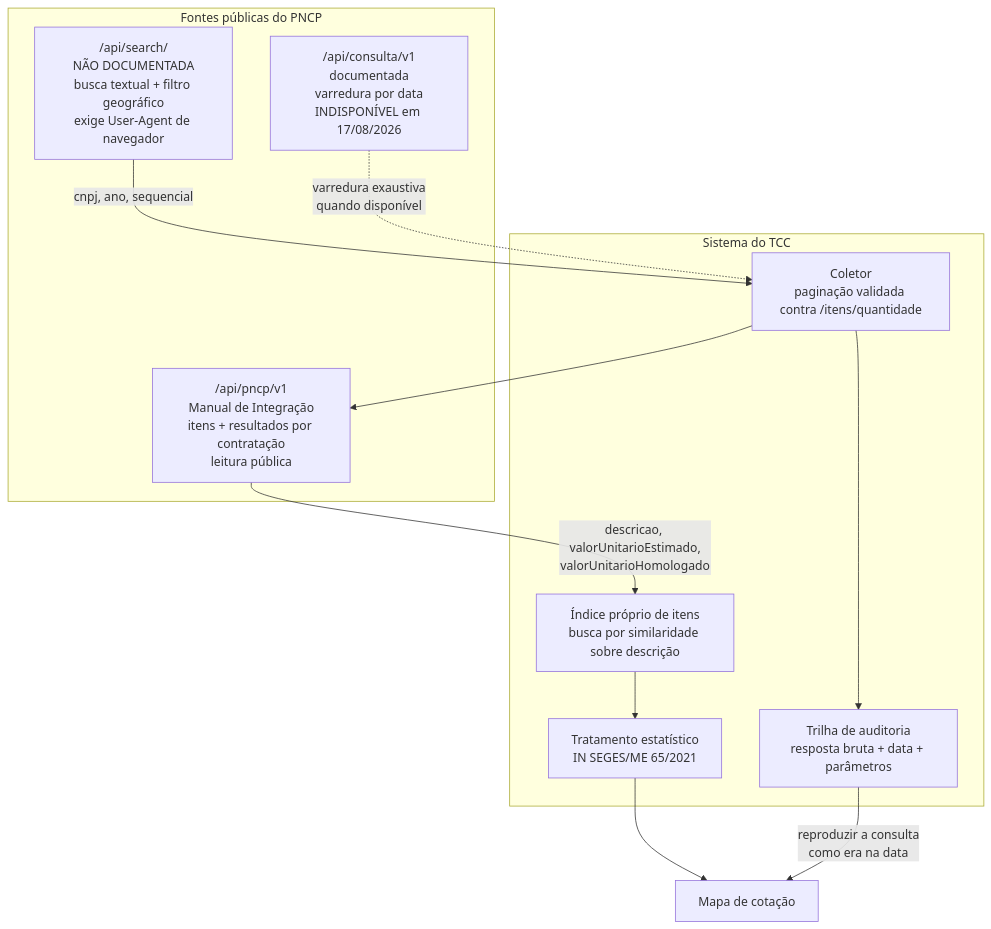
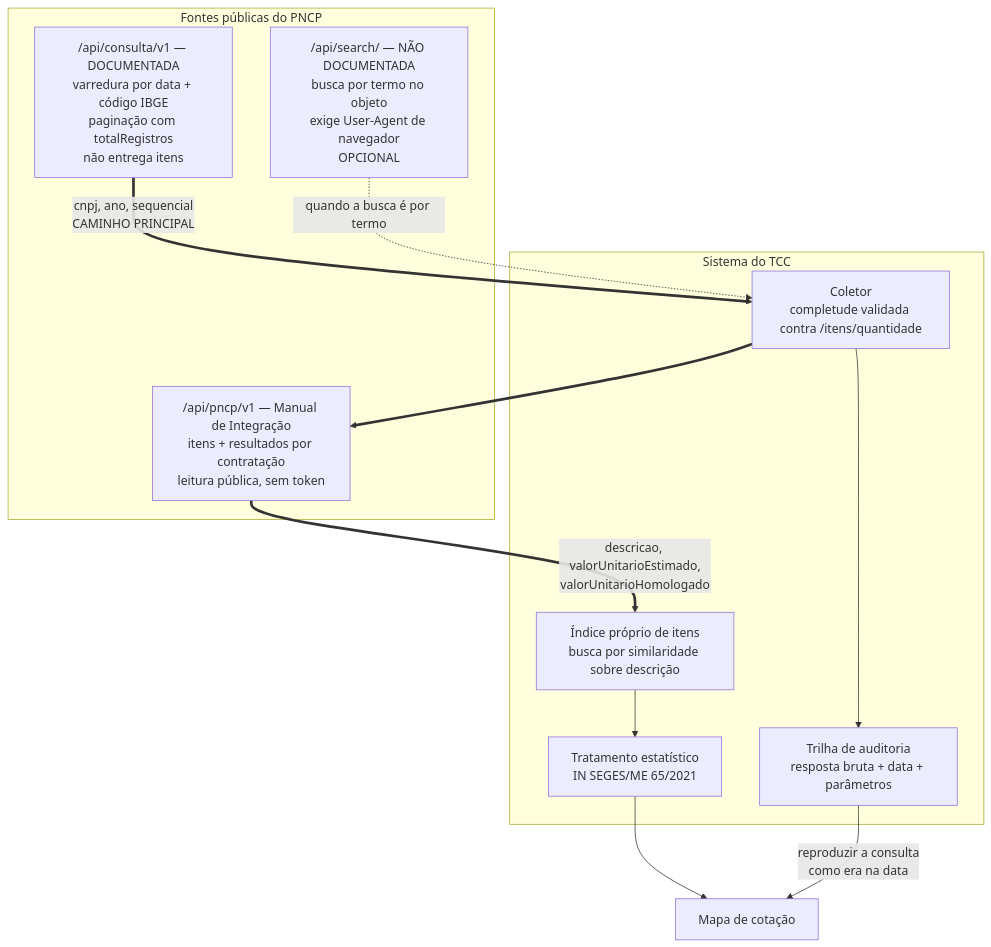
One commit to RNobre1/tcc-licitacoes-municipais changed the diagram in docs/pesquisas/api-pncp-viabilidade-pesquisa-de-precos.md. Above: the diagram before and after it, drawn with Mermaid. The commit also changed other lines of this file and 2 other files, not shown here.

First line of the commit message:
docs: adiciona coleção Postman da API do PNCP e corrige avaliação de risco

````diff
--- a/docs/pesquisas/api-pncp-viabilidade-pesquisa-de-precos.md
+++ b/docs/pesquisas/api-pncp-viabilidade-pesquisa-de-precos.md
@@ -296,24 +348,24 @@
 ```mermaid
 flowchart TB
     subgraph fontes["Fontes públicas do PNCP"]
-        S["/api/search/<br/>NÃO DOCUMENTADA<br/>busca textual + filtro geográfico<br/>exige User-Agent de navegador"]
-        C["/api/consulta/v1<br/>documentada<br/>varredura por data<br/>INDISPONÍVEL em 17/08/2026"]
-        I["/api/pncp/v1<br/>Manual de Integração<br/>itens + resultados por contratação<br/>leitura pública"]
+        C["/api/consulta/v1 — DOCUMENTADA<br/>varredura por data + código IBGE<br/>paginação com totalRegistros<br/>não entrega itens"]
+        I["/api/pncp/v1 — Manual de Integração<br/>itens + resultados por contratação<br/>leitura pública, sem token"]
+        S["/api/search/ — NÃO DOCUMENTADA<br/>busca por termo no objeto<br/>exige User-Agent de navegador<br/>OPCIONAL"]
     end
 
     subgraph sistema["Sistema do TCC"]
-        Col["Coletor<br/>paginação validada contra /itens/quantidade"]
+        Col["Coletor<br/>completude validada contra /itens/quantidade"]
         Idx["Índice próprio de itens<br/>busca por similaridade sobre descrição"]
         Aud["Trilha de auditoria<br/>resposta bruta + data + parâmetros"]
         Est["Tratamento estatístico<br/>IN SEGES/ME 65/2021"]
     end
 
-    S -->|"cnpj, ano, sequencial"| Col
-    C -.->|"varredura exaustiva<br/>quando disponível"| Col
-    Col --> I
-    I -->|"descricao, valorUnitarioEstimado,<br/>valorUnitarioHomologado"| Idx
+    C ==>|"cnpj, ano, sequencial<br/>CAMINHO PRINCIPAL"| Col
+    S -.->|"quando a busca é por termo"| Col
+    Col ==> I
+    I ==>|"descricao, valorUnitarioEstimado,<br/>valorUnitarioHomologado"| Idx
     Col --> Aud
     Idx --> Est
     Est --> Map["Mapa de cotação"]
     Aud -->|"reproduzir a consulta<br/>como era na data"| Map
 ```
````
